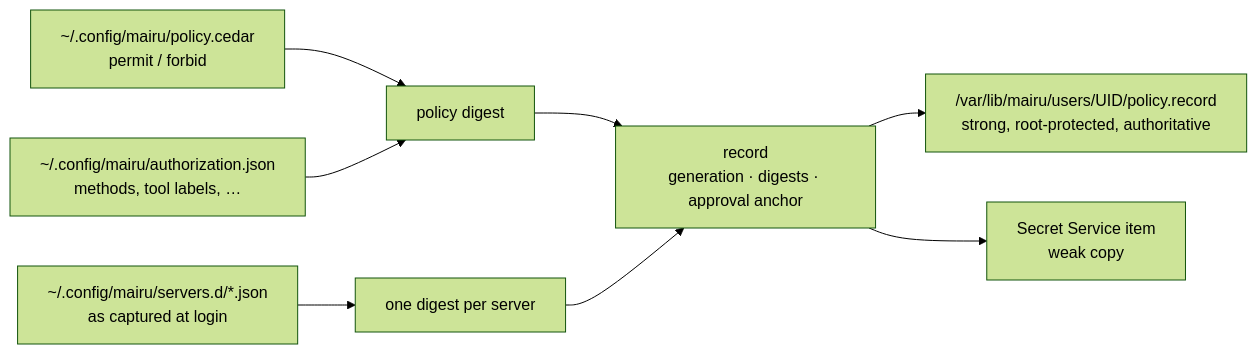
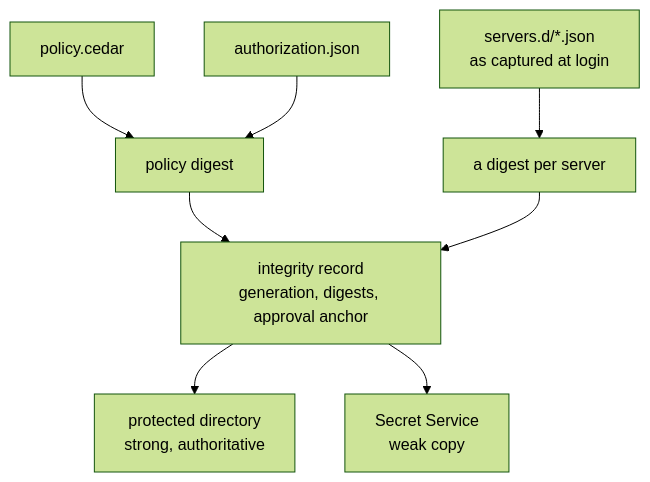
One commit to sorah/mairu changed the first of 3 diagrams in docs/specs/012-policy-approval.md. Above: the diagram before and after it, drawn with Mermaid (forest theme). The commit also changed 17 other files, not shown here.

First line of the commit message:
docs/specs: rework diagrams and helper locations

````diff
--- a/docs/specs/012-policy-approval.md
+++ b/docs/specs/012-policy-approval.md
@@ -31,10 +31,10 @@
 ```mermaid
-flowchart LR
-  P["~/.config/mairu/policy.cedar<br/>permit / forbid"] --> D["policy digest"]
-  A["~/.config/mairu/authorization.json<br/>methods, tool labels, …"] --> D
-  S["~/.config/mairu/servers.d/*.json<br/>as captured at login"] --> SD["one digest per server"]
-  D --> R["record<br/>generation · digests · approval anchor"]
+flowchart TB
+  P["policy.cedar"] --> D["policy digest"]
+  A["authorization.json"] --> D
+  S["servers.d/*.json<br/>as captured at login"] --> SD["a digest per server"]
+  D --> R["integrity record<br/>generation, digests, approval anchor"]
   SD --> R
-  R --> PD["/var/lib/mairu/users/UID/policy.record<br/>strong, root-protected, authoritative"]
-  R --> SS["Secret Service item<br/>weak copy"]
+  R --> PD["protected directory<br/>strong, authoritative"]
+  R --> SS["Secret Service<br/>weak copy"]
 ```
````
